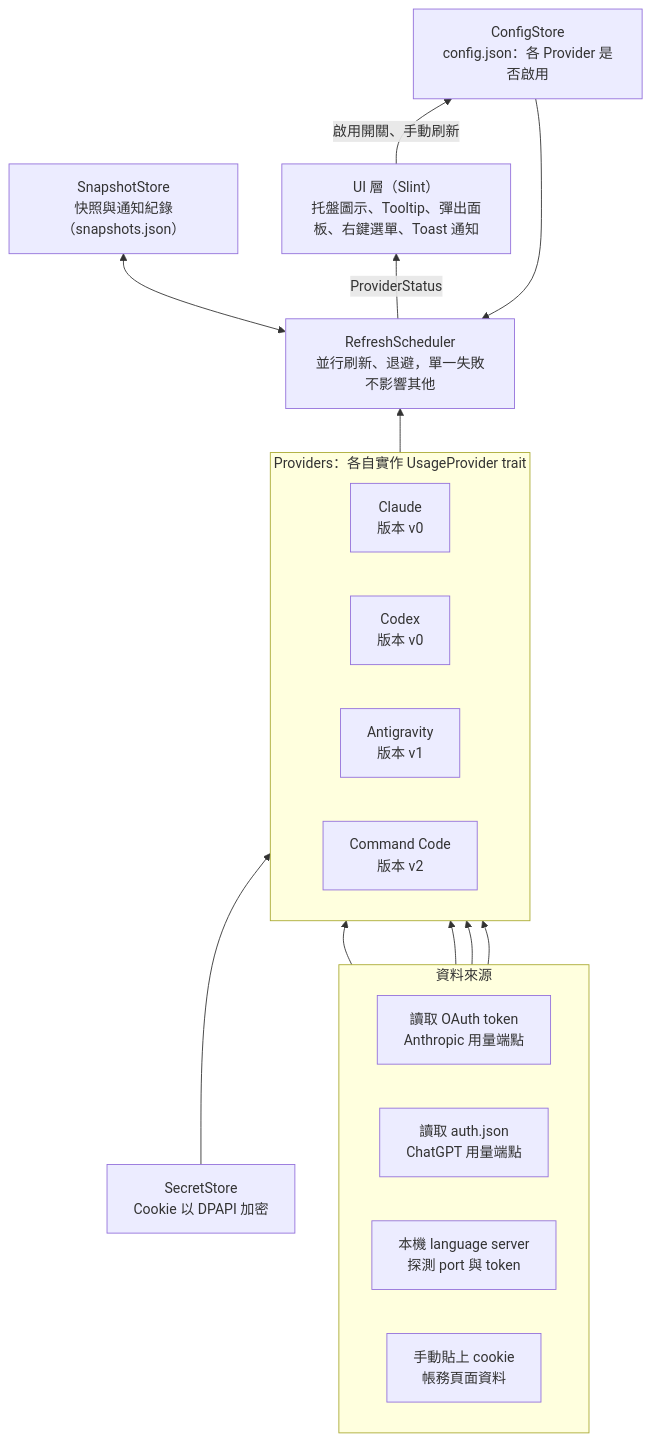
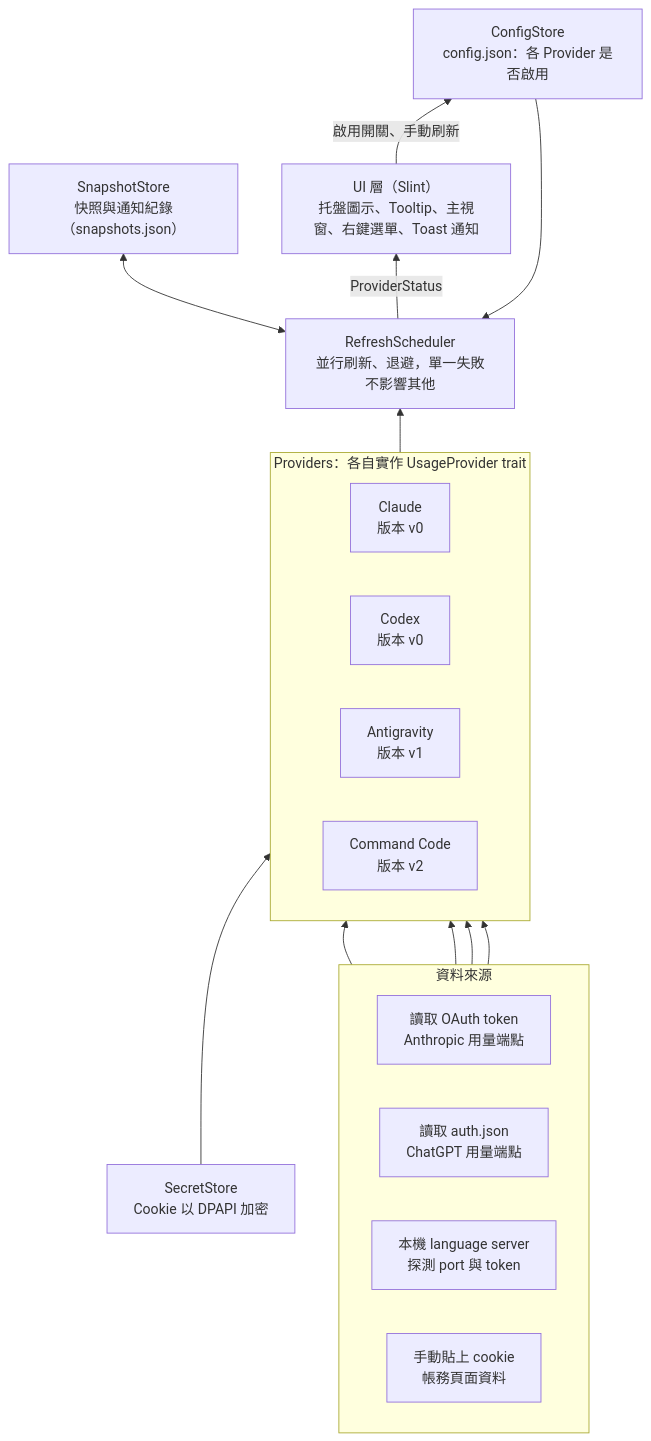
Before and after one commit to RayLiu1999/AIBar: the first of 2 diagrams in docs/spec.md, drawn with Mermaid. The commit also changed other lines of this file and 13 other files, not shown here.

````diff
--- a/docs/spec.md
+++ b/docs/spec.md
@@ -71,30 +71,30 @@
 ```mermaid
 flowchart BT
     subgraph Sources["資料來源"]
         direction LR
         S1["讀取 OAuth token<br/>Anthropic 用量端點"]
         S2["讀取 auth.json<br/>ChatGPT 用量端點"]
         S3["本機 language server<br/>探測 port 與 token"]
         S4["手動貼上 cookie<br/>帳務頁面資料"]
     end
 
     subgraph Providers["Providers：各自實作 UsageProvider trait"]
         direction LR
         P1["Claude<br/>版本 v0"]
         P2["Codex<br/>版本 v0"]
         P3["Antigravity<br/>版本 v1"]
         P4["Command Code<br/>版本 v2"]
     end
 
     S1 --> P1
     S2 --> P2
     S3 --> P3
     S4 --> P4
     Secret["SecretStore<br/>Cookie 以 DPAPI 加密"] --> P4
 
     Providers --> Scheduler["RefreshScheduler<br/>並行刷新、退避，單一失敗不影響其他"]
     Scheduler <--> Store["SnapshotStore<br/>快照與通知紀錄（snapshots.json）"]
-    Scheduler -- ProviderStatus --> UI["UI 層（Slint）<br/>托盤圖示、Tooltip、彈出面板、右鍵選單、Toast 通知"]
+    Scheduler -- ProviderStatus --> UI["UI 層（Slint）<br/>托盤圖示、Tooltip、主視窗、右鍵選單、Toast 通知"]
     UI -- 啟用開關、手動刷新 --> Config["ConfigStore<br/>config.json：各 Provider 是否啟用"]
     Config --> Scheduler
 ```
````
